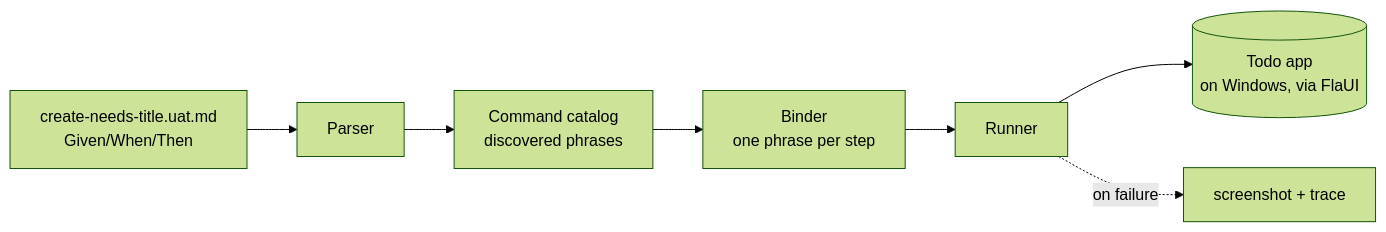
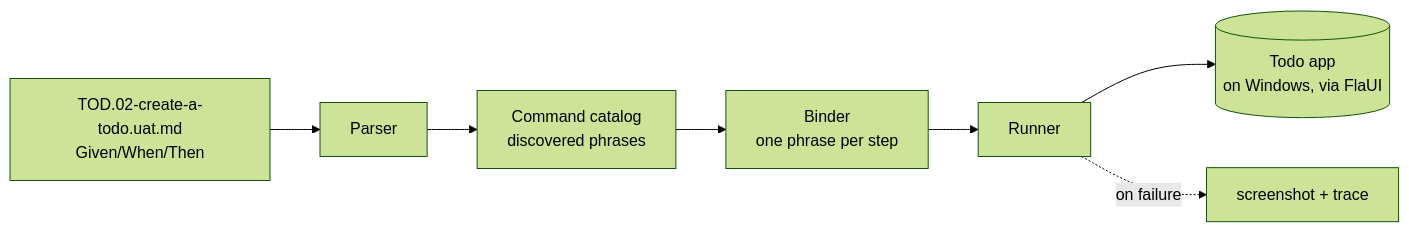
Before and after one commit to jonkeda/Brinell: the diagram in samples/Todo/uat-walkthrough.md, drawn with Mermaid (forest theme). The commit also changed other lines of this file and 7 other files, not shown here.

First line of the commit message:
TOD.02 as one journey file: all four UAT subtasks, with data checks

````diff
--- a/samples/Todo/uat-walkthrough.md
+++ b/samples/Todo/uat-walkthrough.md
@@ -28,9 +28,9 @@
 ```mermaid
 flowchart LR
-    MD[create-needs-title.uat.md<br/>Given/When/Then] --> P[Parser]
+    MD[TOD.02-create-a-todo.uat.md<br/>Given/When/Then] --> P[Parser]
     P --> C[Command catalog<br/>discovered phrases]
     C --> B[Binder<br/>one phrase per step]
     B --> R[Runner]
     R --> APP[(Todo app<br/>on Windows, via FlaUI)]
     R -.->|on failure| SHOT[screenshot + trace]
 ```
````
